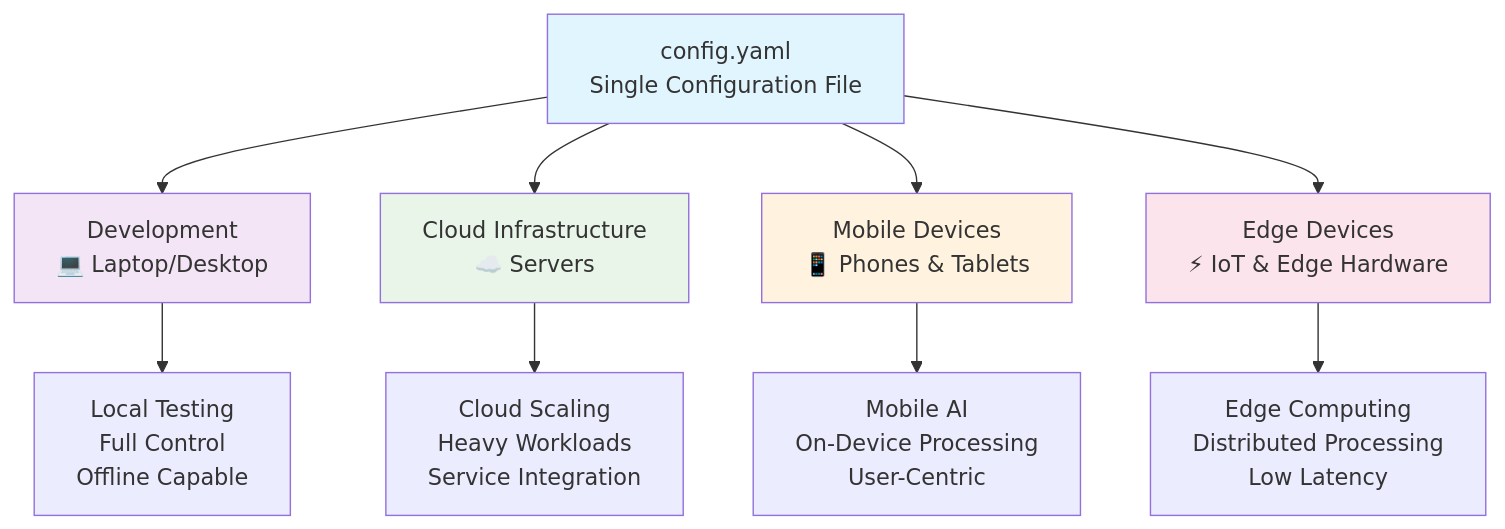
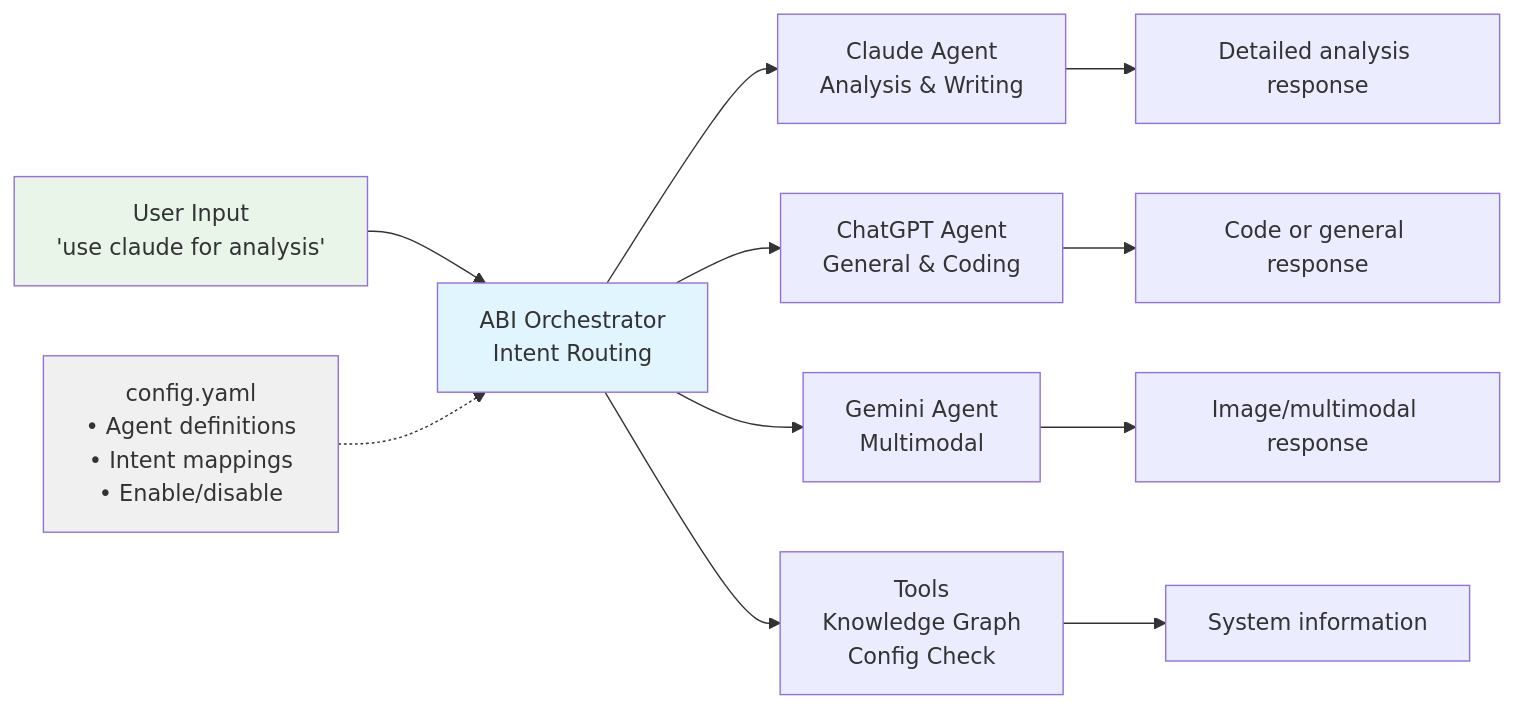
The diagram in docs/installation.md (jupyter-naas/abi), drawn with Mermaid before and after one commit.

Commit message:
docs: add useful AI Network architecture diagram
IMPROVED DIAGRAM:
- Shows actual AI Network flow from user input to agent responses
- Demonstrates ABI orchestrator's intent routing capability
- Visualizes how config.yaml controls the entire system
- Shows real agent interactions (Claude, ChatGPT, Gemini, Tools)

DIAGRAM FEATURES:
- User input example: 'use claude for analysis'
- ABI orchestrator as central routing hub
- Multiple agent types with their specializations
- Config.yaml as the control center
- Response flow back to user

PLACEMENT:
- Moved to Configuration-Driven Architecture section
- More relevant context for understanding the system
- Removed redundant deployment diagram

This diagram actually explains how ABI works rather than
just showing deployment targets.

````diff
--- a/docs/installation.md
+++ b/docs/installation.md
@@ -34,18 +190,20 @@
 ```mermaid
-graph TD
-    A["config.yaml<br/>Single Configuration File"] --> B["Development<br/>💻 Laptop/Desktop"]
-    A --> C["Cloud Infrastructure<br/>☁️ Servers"]
-    A --> D["Mobile Devices<br/>📱 Phones & Tablets"]
-    A --> E["Edge Devices<br/>⚡ IoT & Edge Hardware"]
+graph LR
+    User["User Input<br/>'use claude for analysis'"] --> ABI["ABI Orchestrator<br/>Intent Routing"]
     
-    B --> F["Local Testing<br/>Full Control<br/>Offline Capable"]
-    C --> G["Cloud Scaling<br/>Heavy Workloads<br/>Service Integration"]
-    D --> H["Mobile AI<br/>On-Device Processing<br/>User-Centric"]
-    E --> I["Edge Computing<br/>Distributed Processing<br/>Low Latency"]
+    ABI --> Claude["Claude Agent<br/>Analysis & Writing"]
+    ABI --> ChatGPT["ChatGPT Agent<br/>General & Coding"]
+    ABI --> Gemini["Gemini Agent<br/>Multimodal"]
+    ABI --> Tools["Tools<br/>Knowledge Graph<br/>Config Check"]
     
-    style A fill:#e1f5fe
-    style B fill:#f3e5f5
-    style C fill:#e8f5e8
-    style D fill:#fff3e0
-    style E fill:#fce4ec
+    Config["config.yaml<br/>• Agent definitions<br/>• Intent mappings<br/>• Enable/disable"] -.-> ABI
+    
+    Claude --> Response1["Detailed analysis response"]
+    ChatGPT --> Response2["Code or general response"]
+    Gemini --> Response3["Image/multimodal response"]
+    Tools --> Response4["System information"]
+    
+    style ABI fill:#e1f5fe
+    style Config fill:#f0f0f0
+    style User fill:#e8f5e8
 ```
````
